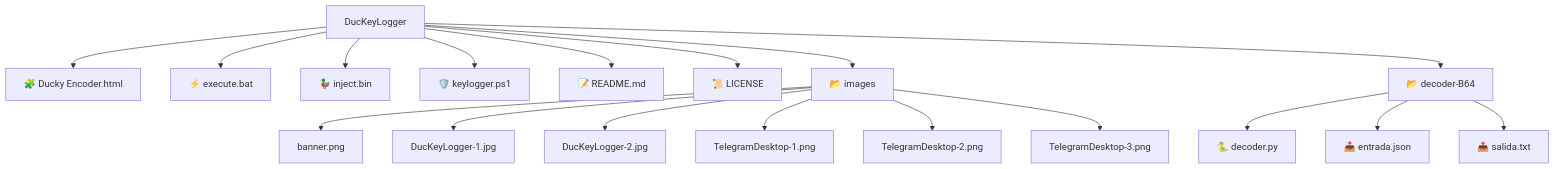
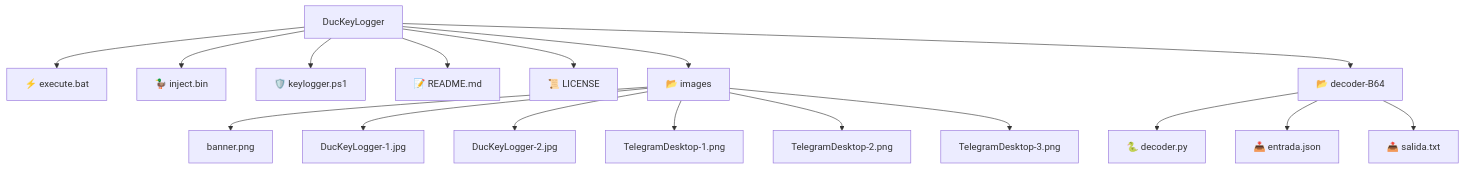
The diagram in README.md (marichu-kt/DucKeyLogger), drawn with Mermaid before and after one commit. The commit also changed other lines of this file, not shown here.

First line of the commit message:
Update Ducky Encoder link in README

````diff
--- a/README.md
+++ b/README.md
@@ -113,20 +114,20 @@
 ```mermaid
 flowchart TD
-    A[DucKeyLogger] --> B[🧩 Ducky Encoder.html]
+    A[DucKeyLogger]
     A --> C[⚡ execute.bat]
     A --> D[🦆 inject.bin]
     A --> E[🛡️ keylogger.ps1]
     A --> F[📝 README.md]
     A --> G[📜 LICENSE]
     A --> H[📂 images]
     A --> I[📂 decoder-B64]
     H --> H1[banner.png]
     H --> H2[DucKeyLogger-1.jpg]
     H --> H3[DucKeyLogger-2.jpg]
     H --> H4[TelegramDesktop-1.png]
     H --> H5[TelegramDesktop-2.png]
     H --> H6[TelegramDesktop-3.png]
     I --> I1[🐍 decoder.py]
     I --> I2[📥 entrada.json]
     I --> I3[📤 salida.txt]
 ```
````
